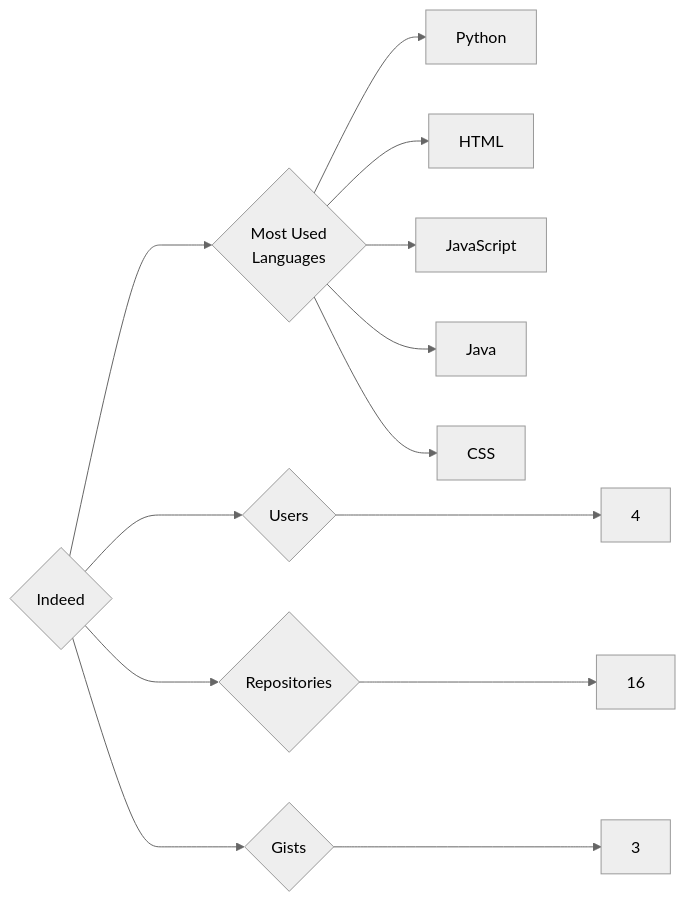
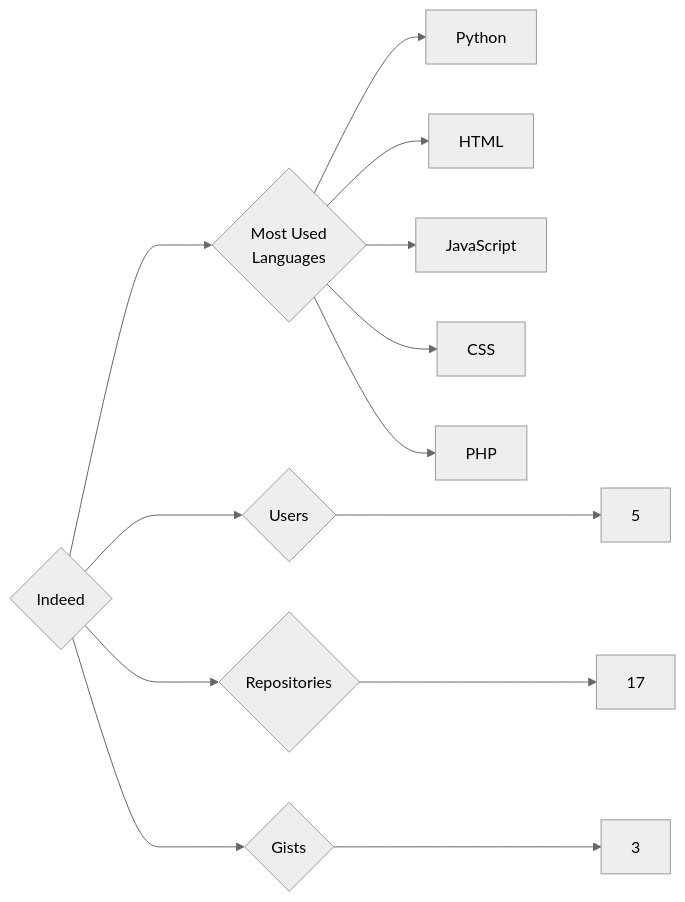
The diagram in targets/Indeed/README.md (trickest/insiders), drawn with Mermaid (neutral theme) before and after one commit. The commit also changed 873 other files, not shown here.

````diff
--- a/targets/Indeed/README.md
+++ b/targets/Indeed/README.md
@@ -3,13 +3,13 @@
 ```mermaid
 graph LR
 COMPANY_NAME{Indeed}
-COMPANY_NAME ---> U{Users} ---> UN[4]
-COMPANY_NAME ---> R{Repositories} ---> RN[16]
+COMPANY_NAME ---> U{Users} ---> UN[5]
+COMPANY_NAME ---> R{Repositories} ---> RN[17]
 COMPANY_NAME ---> G{Gists} ---> GN[3]
 COMPANY_NAME ---> ML{Most Used<br>Languages}
 ML --> Python[Python]
 ML --> HTML[HTML]
 ML --> JavaScript[JavaScript]
-ML --> Java[Java]
 ML --> CSS[CSS]
+ML --> PHP[PHP]
 ```
````
